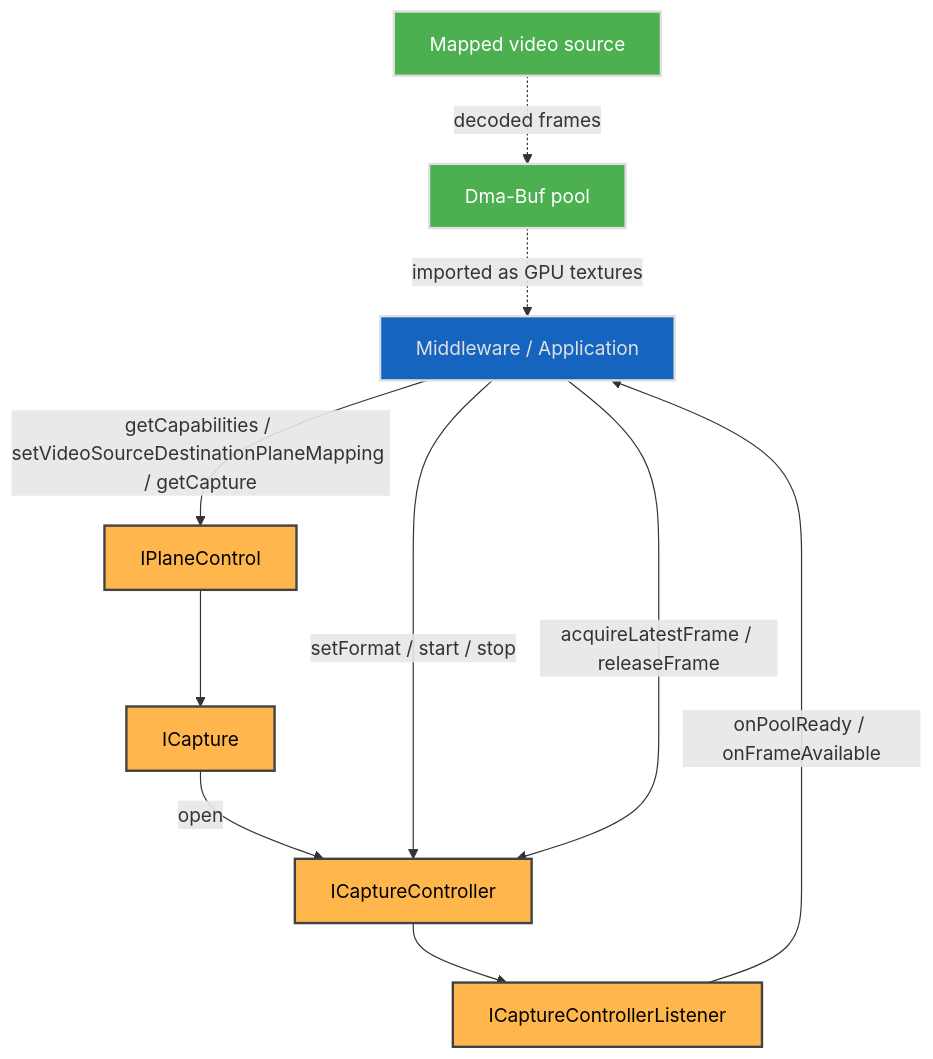
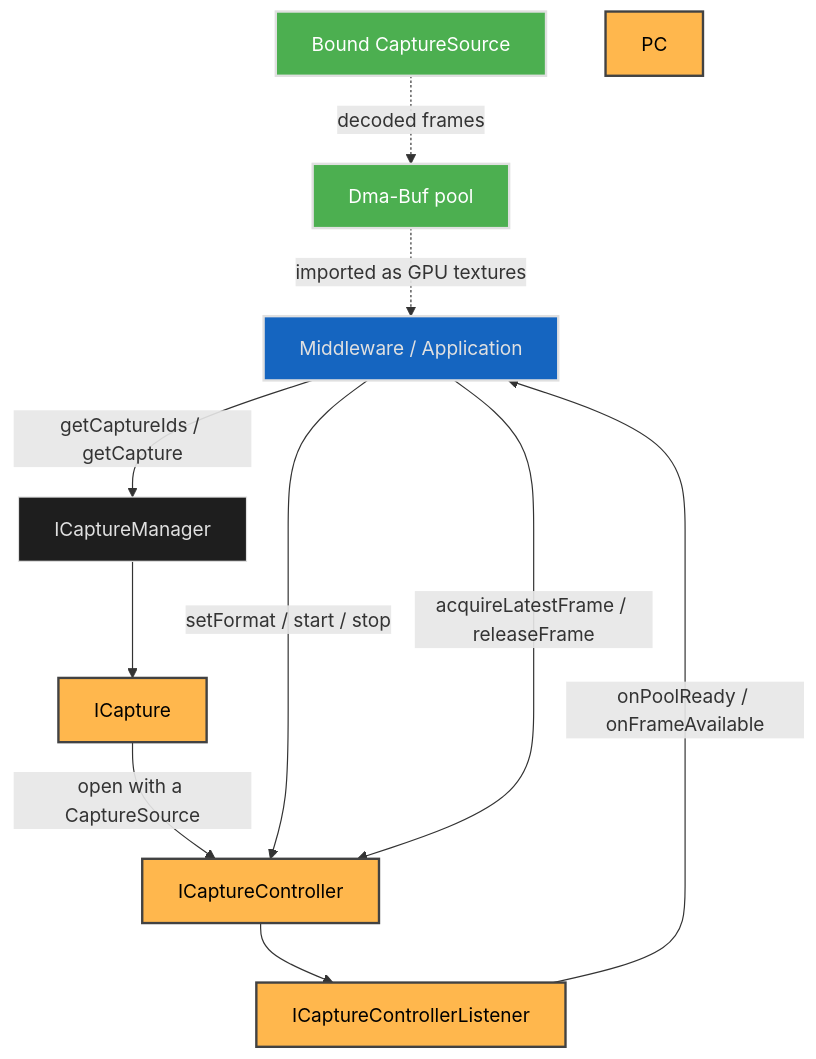
One commit to rdkcentral/rdk-halif-aidl changed the second of 5 diagrams in capture/current/docs/capture_interface.md. Above: the diagram before and after it, drawn with Mermaid. The commit also changed other lines of this file and 3 other files, not shown here.

````diff
--- a/capture/current/docs/capture_interface.md
+++ b/capture/current/docs/capture_interface.md
@@ -170,33 +170,33 @@
 ```mermaid
 flowchart TD
     Client[Middleware / Application]
-    PC[IPlaneControl]
+    MGR[ICaptureManager]
     CAP[ICapture]
     CTRL[ICaptureController]
     L[ICaptureControllerListener]
     POOL[Dma-Buf pool]
-    DEC[Mapped video source]
+    DEC[Bound CaptureSource]
 
-    Client -->|getCapabilities / setVideoSourceDestinationPlaneMapping / getCapture| PC
-    PC --> CAP
-    CAP -->|open| CTRL
+    Client -->|getCaptureIds / getCapture| MGR
+    MGR --> CAP
+    CAP -->|open with a CaptureSource| CTRL
     Client -->|setFormat / start / stop| CTRL
     Client -->|acquireLatestFrame / releaseFrame| CTRL
     CTRL --> L
     L -->|onPoolReady / onFrameAvailable| Client
     DEC -.->|decoded frames| POOL
     POOL -.->|imported as GPU textures| Client
 
     classDef blue fill:#1565C0,stroke:#E0E0E0,stroke-width:2px,color:#E0E0E0;
     classDef wheat fill:#FFB74D,stroke:#424242,stroke-width:2px,color:#000000;
     classDef green fill:#4CAF50,stroke:#E0E0E0,stroke-width:2px,color:#FFFFFF;
     classDef default fill:#1E1E1E,stroke:#E0E0E0,stroke-width:1px,color:#E0E0E0;
 
     Client:::blue
     PC:::wheat
     CAP:::wheat
     CTRL:::wheat
     L:::wheat
     POOL:::green
     DEC:::green
 ```
````
